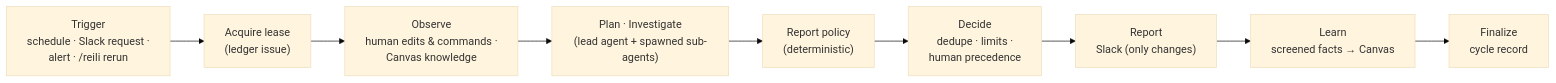
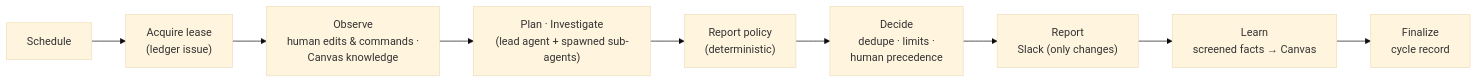
The diagram in docs/autonomy.md (reilidev/reili), drawn with Mermaid (base theme) before and after one commit. The commit also changed other lines of this file and 29 other files, not shown here.

````diff
--- a/docs/autonomy.md
+++ b/docs/autonomy.md
@@ -110,11 +105,11 @@
 ```mermaid
 flowchart LR
-    T["Trigger<br/>schedule · Slack request ·<br/>alert · /reili rerun"] --> L["Acquire lease<br/>(ledger issue)"]
+    T["Schedule"] --> L["Acquire lease<br/>(ledger issue)"]
     L --> O["Observe<br/>human edits & commands ·<br/>Canvas knowledge"]
     O --> I["Plan · Investigate<br/>(lead agent + spawned sub-agents)"]
     I --> G["Report policy<br/>(deterministic)"]
     G --> D["Decide<br/>dedupe · limits ·<br/>human precedence"]
     D --> R["Report<br/>Slack (only changes)"]
     R --> K["Learn<br/>screened facts → Canvas"]
     K --> F["Finalize<br/>cycle record"]
 ```
````
